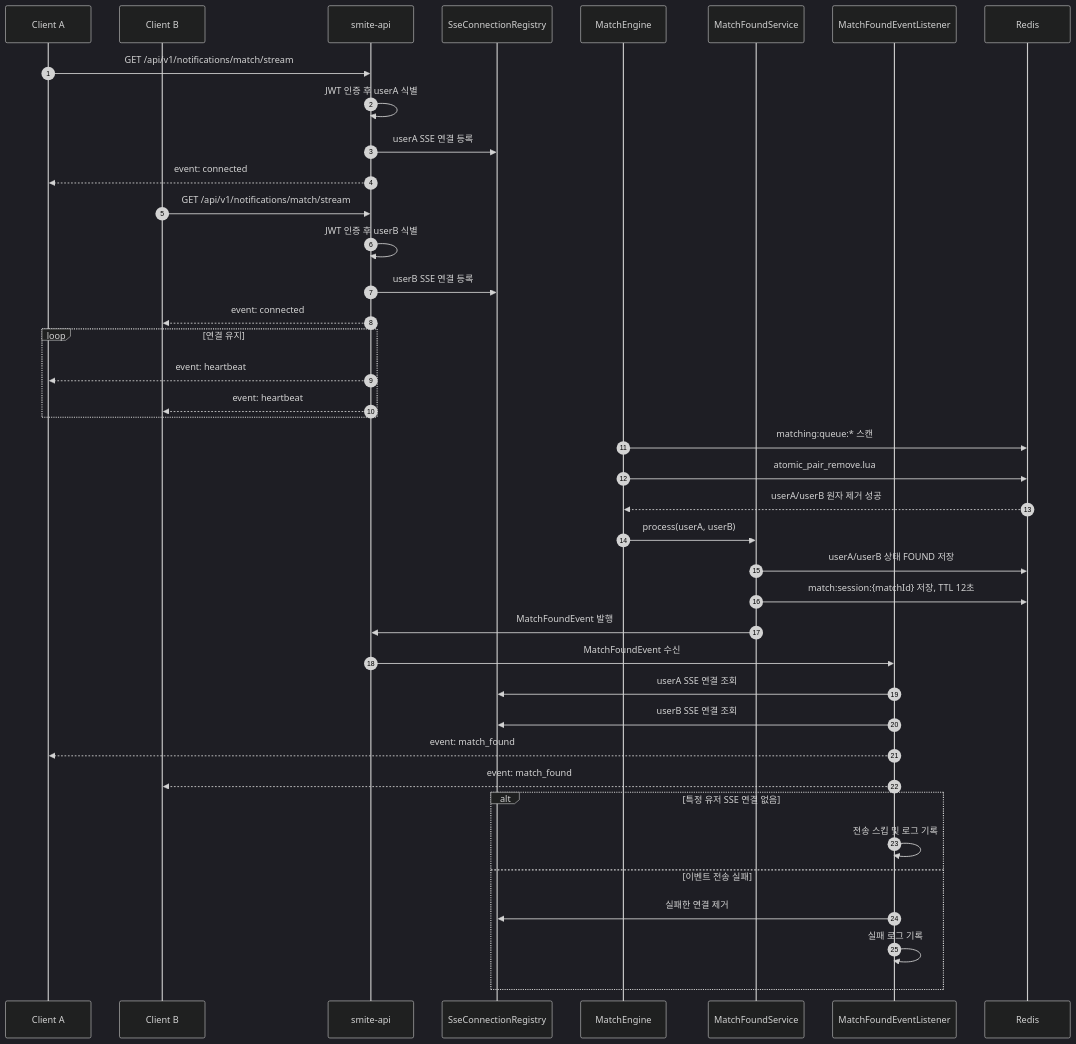
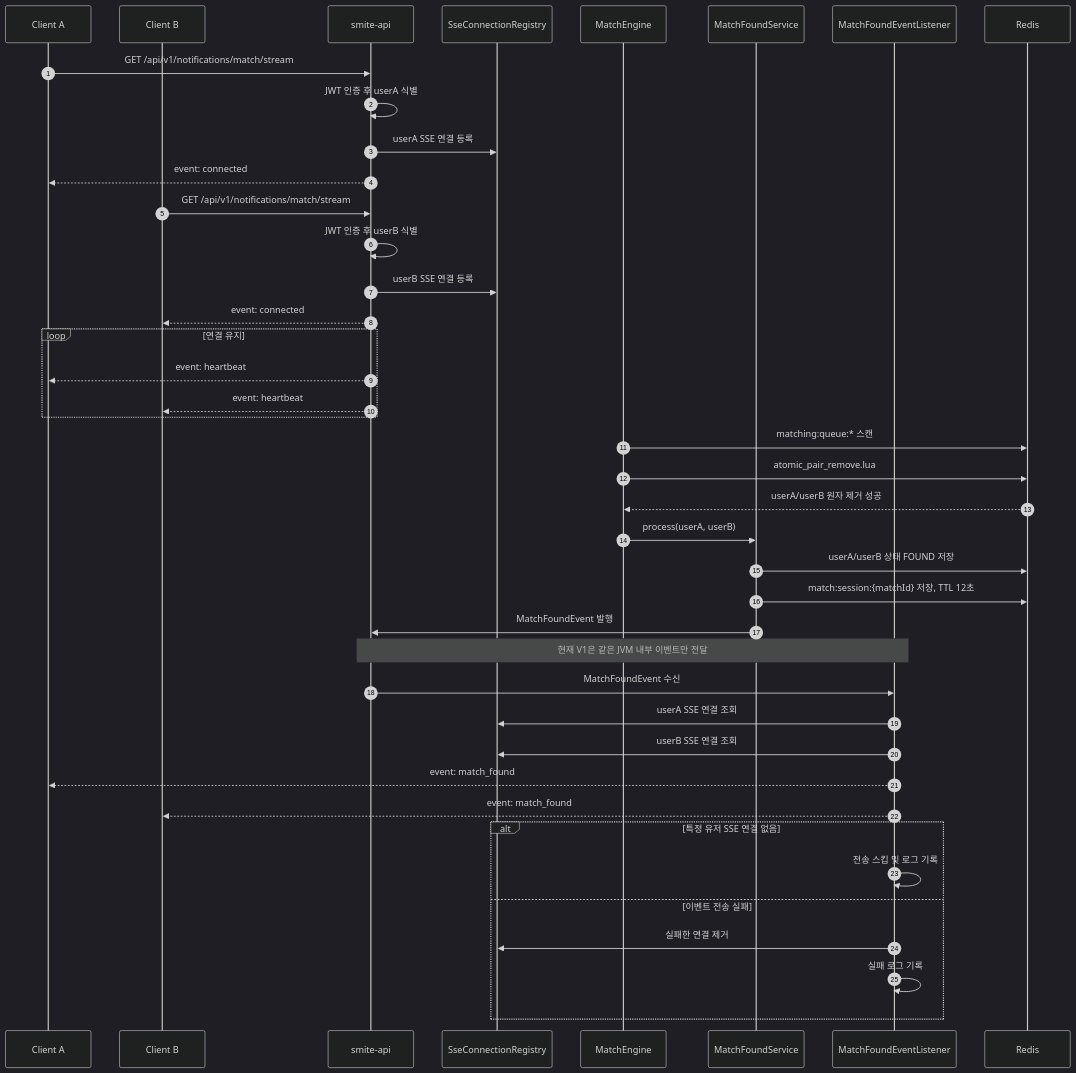
Before and after one commit to moonwhistle/League-of-Star: the diagram in docs/antigravity/backend/issue-28-match-notification-sse.md, drawn with Mermaid (dark theme). The commit also changed other lines of this file and 18 other files, not shown here.

````diff
--- a/docs/antigravity/backend/issue-28-match-notification-sse.md
+++ b/docs/antigravity/backend/issue-28-match-notification-sse.md
@@ -188,49 +188,50 @@
 ```mermaid
 sequenceDiagram
     autonumber
     participant ClientA as Client A
     participant ClientB as Client B
     participant API as smite-api
     participant Registry as SseConnectionRegistry
     participant Engine as MatchEngine
     participant Found as MatchFoundService
     participant Listener as MatchFoundEventListener
     participant Redis as Redis
 
     ClientA->>API: GET /api/v1/notifications/match/stream
     API->>API: JWT 인증 후 userA 식별
     API->>Registry: userA SSE 연결 등록
     API-->>ClientA: event: connected
 
     ClientB->>API: GET /api/v1/notifications/match/stream
     API->>API: JWT 인증 후 userB 식별
     API->>Registry: userB SSE 연결 등록
     API-->>ClientB: event: connected
 
     loop 연결 유지
         API-->>ClientA: event: heartbeat
         API-->>ClientB: event: heartbeat
     end
 
     Engine->>Redis: matching:queue:* 스캔
     Engine->>Redis: atomic_pair_remove.lua
     Redis-->>Engine: userA/userB 원자 제거 성공
 
     Engine->>Found: process(userA, userB)
     Found->>Redis: userA/userB 상태 FOUND 저장
     Found->>Redis: match:session:{matchId} 저장, TTL 12초
     Found->>API: MatchFoundEvent 발행
 
+    Note over API,Listener: 현재 V1은 같은 JVM 내부 이벤트만 전달
     API->>Listener: MatchFoundEvent 수신
     Listener->>Registry: userA SSE 연결 조회
     Listener->>Registry: userB SSE 연결 조회
     Listener-->>ClientA: event: match_found
     Listener-->>ClientB: event: match_found
 
     alt 특정 유저 SSE 연결 없음
         Listener->>Listener: 전송 스킵 및 로그 기록
     else 이벤트 전송 실패
         Listener->>Registry: 실패한 연결 제거
         Listener->>Listener: 실패 로그 기록
     end
 ```
````
